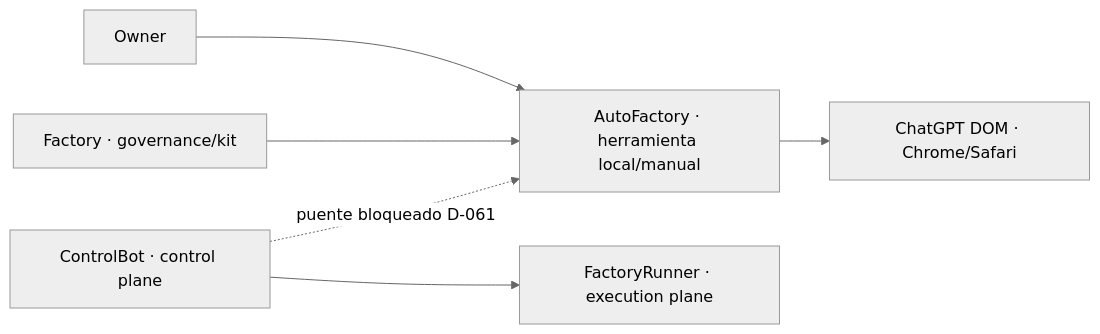
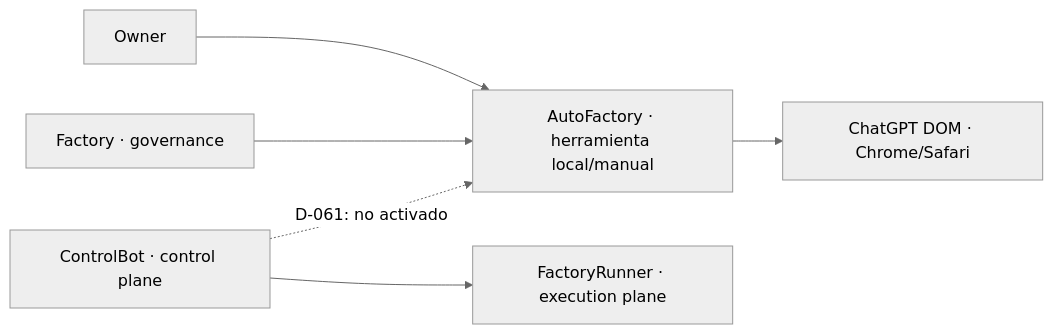
One commit to pl0n3r/AutoFactory changed the diagram in README.md. Above: the diagram before and after it, drawn with Mermaid (neutral theme). The commit also changed other lines of this file and 1 other file, not shown here.

First line of the commit message:
docs(readme): AutoFactory Contract v2 con señales vivas (#230) (#232)

````diff
--- a/README.md
+++ b/README.md
@@ -86,8 +44,8 @@
 ```mermaid
 flowchart LR
     O[Owner] --> A[AutoFactory · herramienta local/manual]
     A --> C[ChatGPT DOM · Chrome/Safari]
-    F[Factory · governance/kit] --> A
-    CB[ControlBot · control plane] -. puente bloqueado D-061 .-> A
+    F[Factory · governance] --> A
+    CB[ControlBot · control plane] -. "D-061: no activado" .-> A
     CB --> R[FactoryRunner · execution plane]
 ```
````
